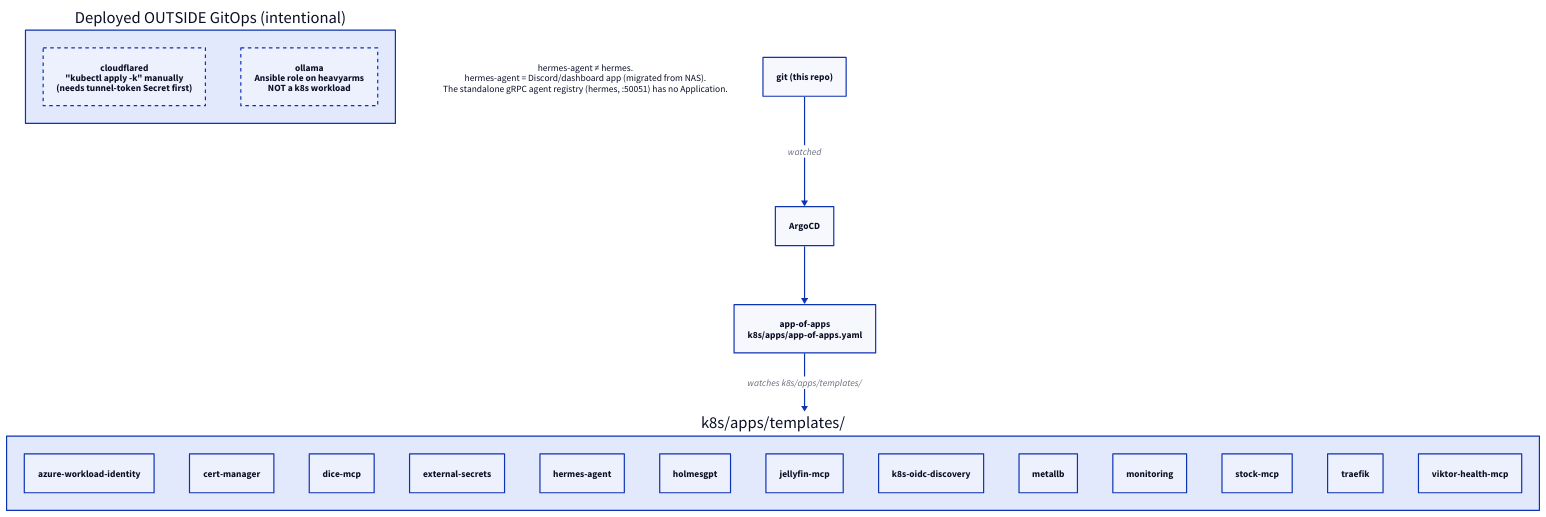
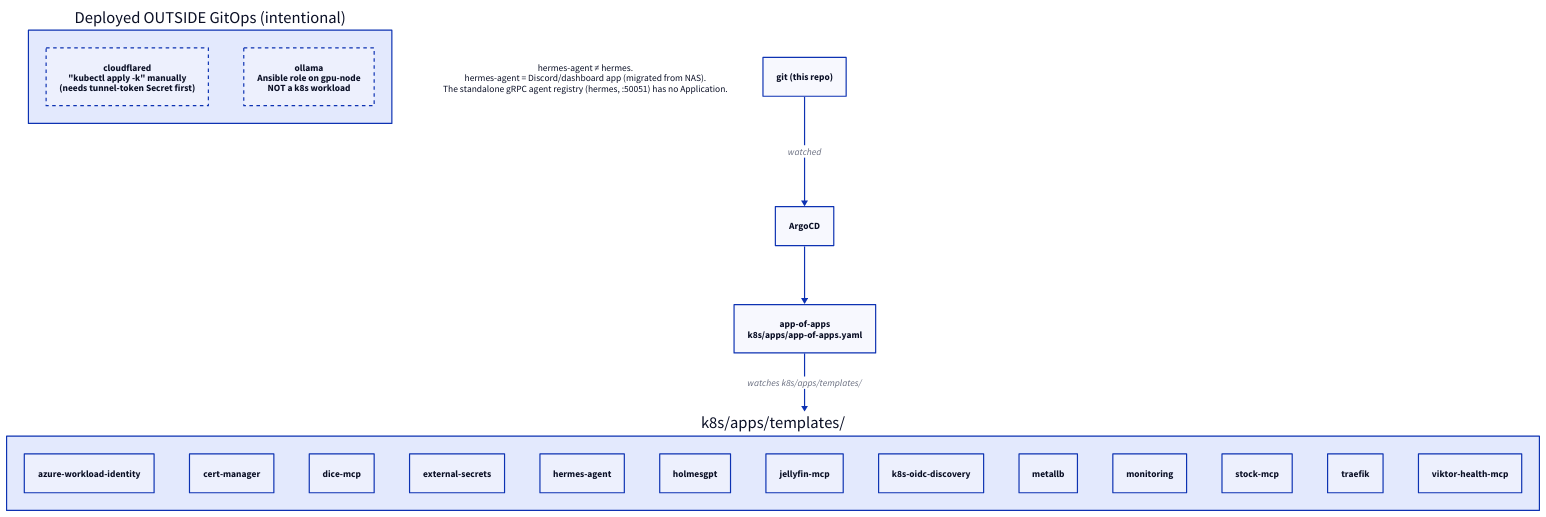
Before and after one commit to gardlt/gardltio: the diagram in static/images/homelab/diagrams/app-flow.d2, drawn with D2. The commit also changed 14 other files, not shown here.

```diff
--- a/static/images/homelab/diagrams/app-flow.d2
+++ b/static/images/homelab/diagrams/app-flow.d2
@@ -1,33 +1,33 @@
 # regenerate: d2 app-flow.d2 app-flow.svg
 # Application / GitOps flow — real current ArgoCD Application inventory.
 
 git: git (this repo) {shape: rectangle}
 argocd: ArgoCD {shape: rectangle}
 app-of-apps: app-of-apps\nk8s/apps/app-of-apps.yaml {shape: rectangle}
 
 git -> argocd: watched
 argocd -> app-of-apps
 app-of-apps -> templates: watches k8s/apps/templates/
 
 templates: k8s/apps/templates/ {
   azure-workload-identity
   cert-manager
   dice-mcp
   external-secrets
   hermes-agent
   holmesgpt
   jellyfin-mcp
   k8s-oidc-discovery
   metallb
   monitoring
   stock-mcp
   traefik
   viktor-health-mcp
 }
 
 out-of-band: Deployed OUTSIDE GitOps (intentional) {
   cloudflared: cloudflared\n"kubectl apply -k" manually\n(needs tunnel-token Secret first) {style.stroke-dash: 3}
-  ollama: ollama\nAnsible role on heavyarms\nNOT a k8s workload {style.stroke-dash: 3}
+  ollama: ollama\nAnsible role on gpu-node\nNOT a k8s workload {style.stroke-dash: 3}
 }
 
 note: "hermes-agent ≠ hermes.\nhermes-agent = Discord/dashboard app (migrated from NAS).\nThe standalone gRPC agent registry (hermes, :50051) has no Application." {shape: text}
```
